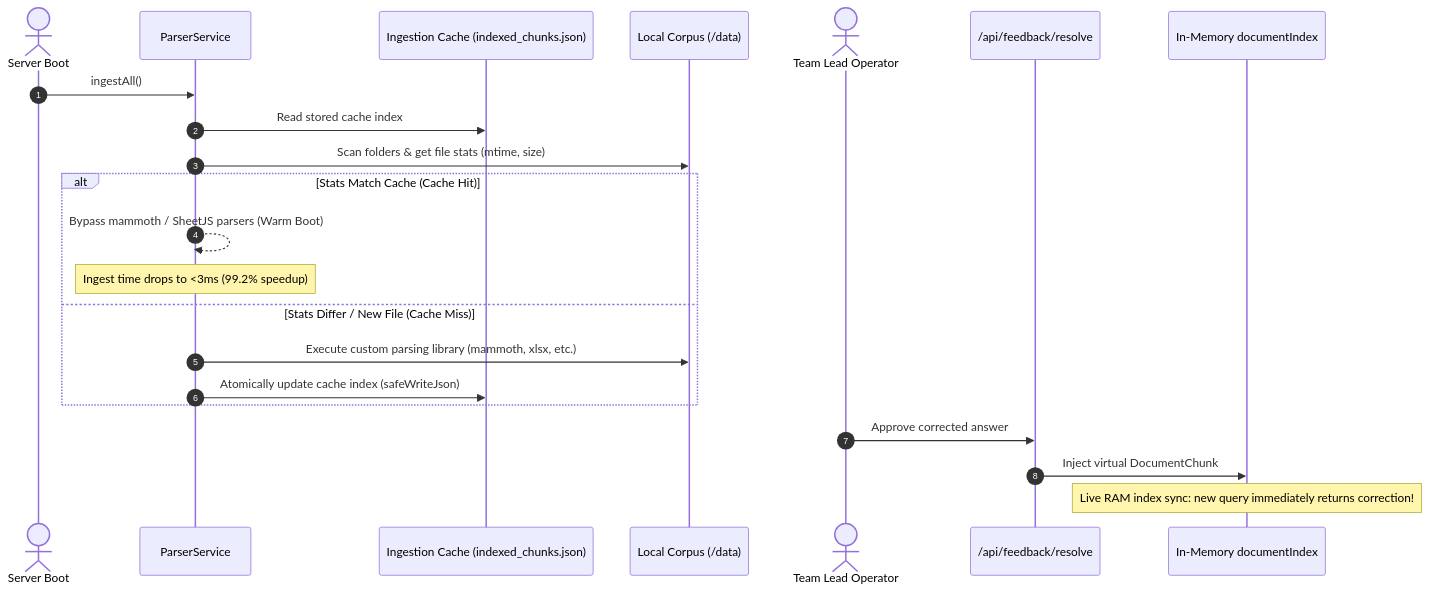
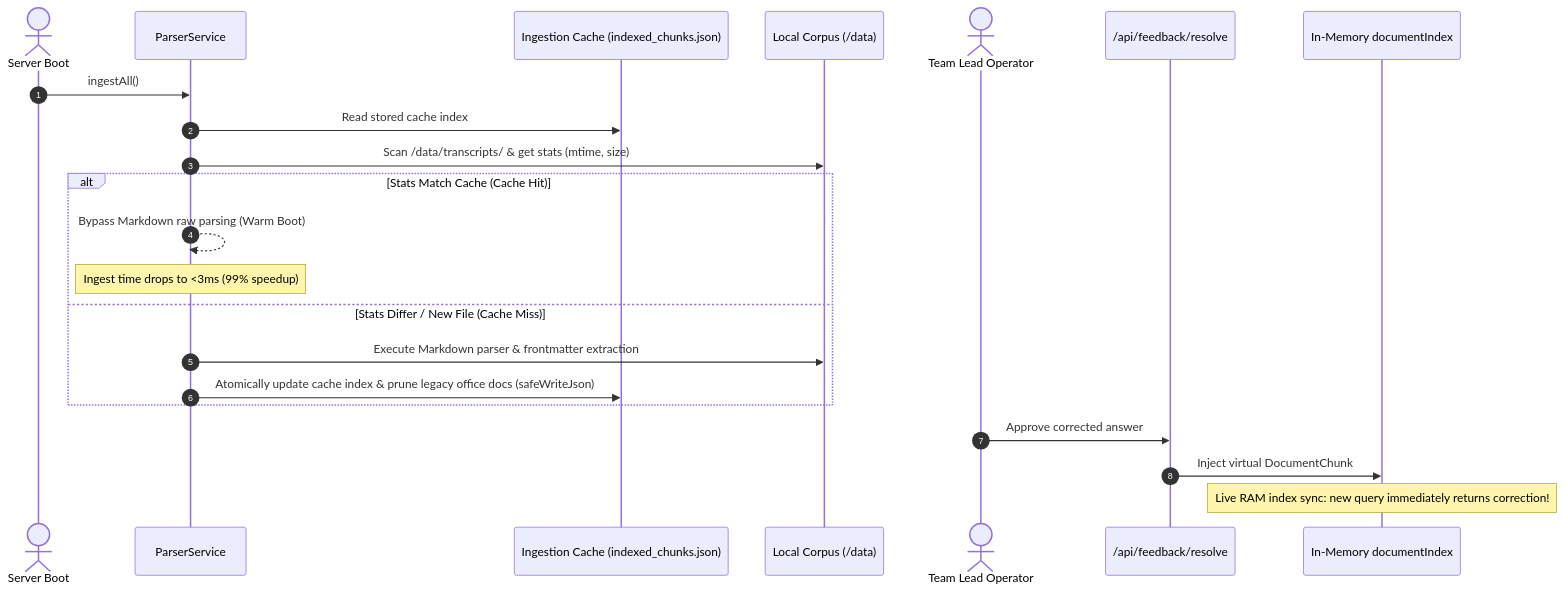
One commit to ksvarre/AetherGrid-Technologies changed the third of 3 diagrams in docs/ARCHITECTURE.md. Above: the diagram before and after it, drawn with Mermaid. The commit also changed other lines of this file and 14 other files, not shown here.

````diff
--- a/docs/ARCHITECTURE.md
+++ b/docs/ARCHITECTURE.md
@@ -172,28 +172,28 @@
 ```mermaid
 sequenceDiagram
     autonumber
     actor Boot as Server Boot
     participant PS as ParserService
     participant Cache as Ingestion Cache (indexed_chunks.json)
     participant Disk as Local Corpus (/data)
 
     Boot->>PS: ingestAll()
     PS->>Cache: Read stored cache index
-    PS->>Disk: Scan folders & get file stats (mtime, size)
+    PS->>Disk: Scan /data/transcripts/ & get stats (mtime, size)
     
     alt Stats Match Cache (Cache Hit)
-        PS-->>PS: Bypass mammoth / SheetJS parsers (Warm Boot)
-        Note over PS: Ingest time drops to <3ms (99.2% speedup)
+        PS-->>PS: Bypass Markdown raw parsing (Warm Boot)
+        Note over PS: Ingest time drops to <3ms (99% speedup)
     else Stats Differ / New File (Cache Miss)
-        PS->>Disk: Execute custom parsing library (mammoth, xlsx, etc.)
-        PS->>Cache: Atomically update cache index (safeWriteJson)
+        PS->>Disk: Execute Markdown parser & frontmatter extraction
+        PS->>Cache: Atomically update cache index & prune legacy office docs (safeWriteJson)
     end
     
     actor Lead as Team Lead Operator
     participant API as /api/feedback/resolve
     participant RAM as In-Memory documentIndex
-
+ 
     Lead->>API: Approve corrected answer
     API->>RAM: Inject virtual DocumentChunk
     Note over RAM: Live RAM index sync: new query immediately returns correction!
 ```
````
